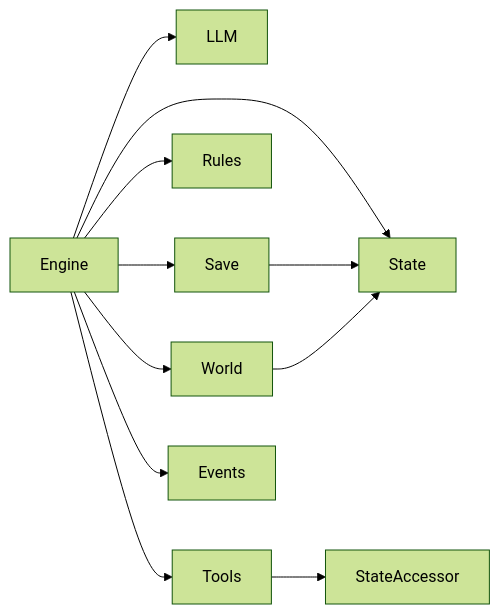
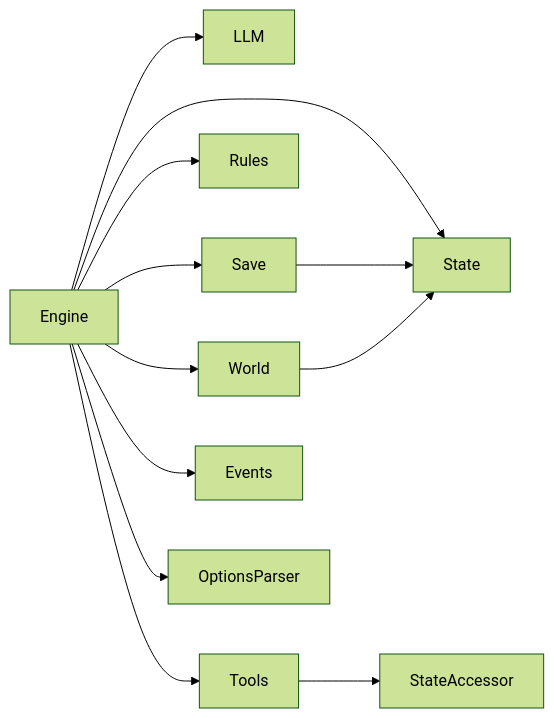
Diagram 12 of 12 in .qoder/repowiki/zh/content/游戏引擎架构/游戏引擎架构.md (zwh8800/cdnd), drawn with Mermaid (forest theme) before and after one commit. The commit also changed other lines of this file and 6 other files, not shown here.

````diff
--- a/.qoder/repowiki/zh/content/游戏引擎架构/游戏引擎架构.md
+++ b/.qoder/repowiki/zh/content/游戏引擎架构/游戏引擎架构.md
@@ -469,13 +543,14 @@
 ```mermaid
 graph LR
 Engine --> State
 Engine --> LLM
 Engine --> Tools
 Engine --> Rules
 Engine --> World
 Engine --> Save
 Engine --> Events
+Engine --> OptionsParser
 Tools --> StateAccessor
 Save --> State
 World --> State
 ```
````
